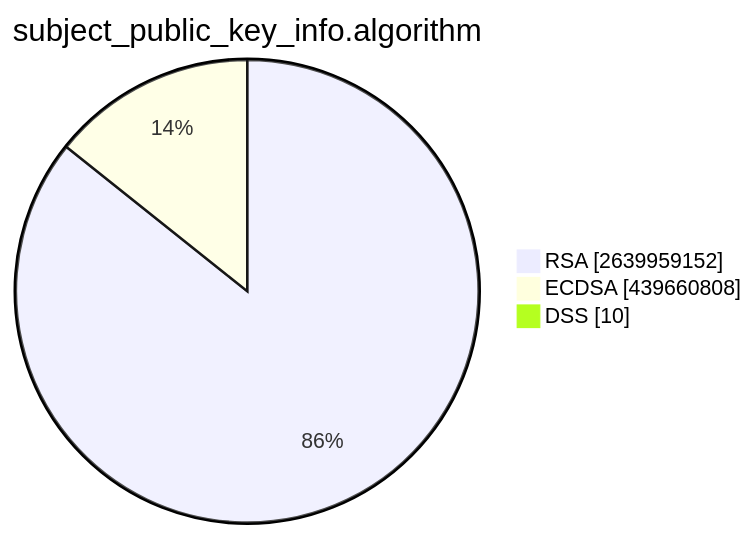
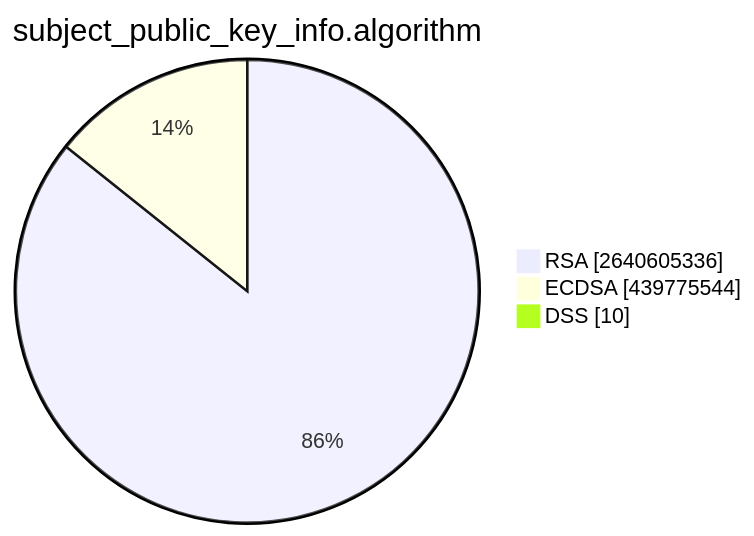
One commit to christiankrug/ctmonitor_visualization changed the second of 15 diagrams in TOTAL/README.md. Above: the diagram before and after it, drawn with Mermaid. The commit also changed other lines of this file, not shown here.

````diff
--- a/TOTAL/README.md
+++ b/TOTAL/README.md
@@ -6,7 +6,7 @@
 ```mermaid
 pie showData
 title subject_public_key_info.algorithm
-"RSA" :2639959152
-"ECDSA" :439660808
+"RSA" :2640605336
+"ECDSA" :439775544
 "DSS" :10
 ```
````
